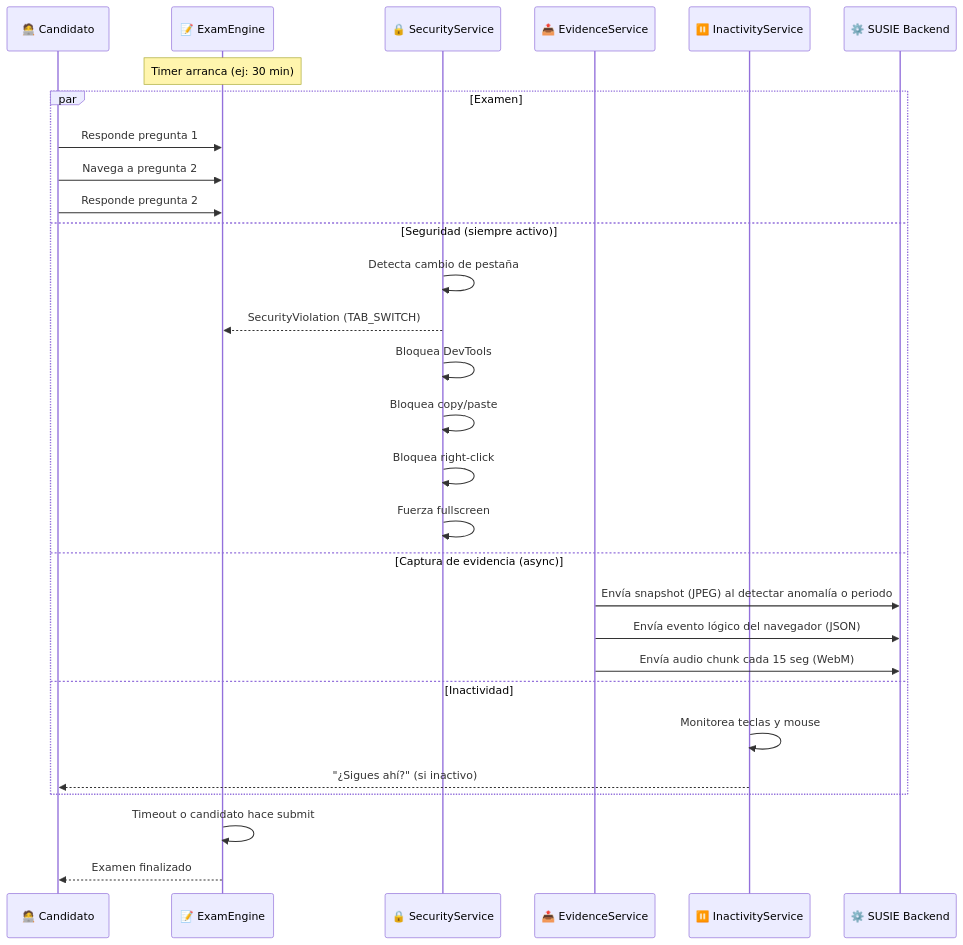
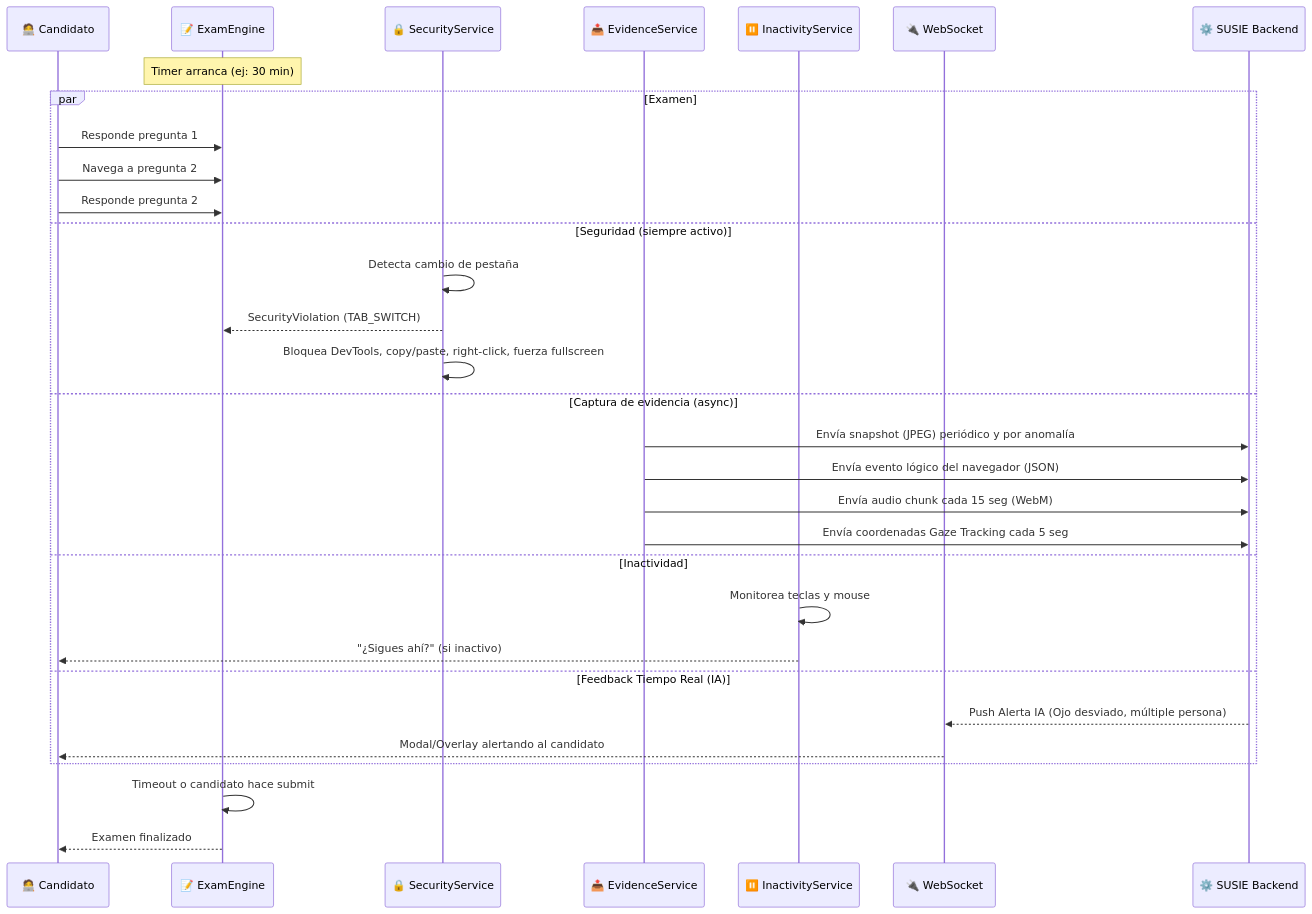
One commit to Yeyo-Dev/SUSIE changed the sixth of 12 diagrams in FLUJO_COMPLETO_SUSIE.md. Above: the diagram before and after it, drawn with Mermaid. The commit also changed other lines of this file and 1 other file, not shown here.

Commit message:
feat: Implement gaze tracking, real-time AI alerts via WebSockets, and refine the pre-exam flow with permission preparation and exam briefing.

````diff
--- a/FLUJO_COMPLETO_SUSIE.md
+++ b/FLUJO_COMPLETO_SUSIE.md
@@ -155,34 +167,36 @@
 ```mermaid
 sequenceDiagram
     participant C as 🧑‍💻 Candidato
     participant EE as 📝 ExamEngine
     participant SS as 🔒 SecurityService
     participant ES as 📤 EvidenceService
     participant IS as ⏸️ InactivityService
+    participant WS as 🔌 WebSocket
     participant API as ⚙️ SUSIE Backend
 
     Note over EE: Timer arranca (ej: 30 min)
 
     par Examen
         C->>EE: Responde pregunta 1
         C->>EE: Navega a pregunta 2
         C->>EE: Responde pregunta 2
     and Seguridad (siempre activo)
         SS->>SS: Detecta cambio de pestaña
         SS-->>EE: SecurityViolation (TAB_SWITCH)
-        SS->>SS: Bloquea DevTools
-        SS->>SS: Bloquea copy/paste
-        SS->>SS: Bloquea right-click
-        SS->>SS: Fuerza fullscreen
+        SS->>SS: Bloquea DevTools, copy/paste, right-click, fuerza fullscreen
     and Captura de evidencia (async)
-        ES->>API: Envía snapshot (JPEG) al detectar anomalía o periodo
+        ES->>API: Envía snapshot (JPEG) periódico y por anomalía
         ES->>API: Envía evento lógico del navegador (JSON)
         ES->>API: Envía audio chunk cada 15 seg (WebM)
+        ES->>API: Envía coordenadas Gaze Tracking cada 5 seg
     and Inactividad
         IS->>IS: Monitorea teclas y mouse
         IS-->>C: "¿Sigues ahí?" (si inactivo)
+    and Feedback Tiempo Real (IA)
+        API-->>WS: Push Alerta IA (Ojo desviado, múltiple persona)
+        WS-->>C: Modal/Overlay alertando al candidato
     end
 
     EE->>EE: Timeout o candidato hace submit
     EE-->>C: Examen finalizado
 ```
````
